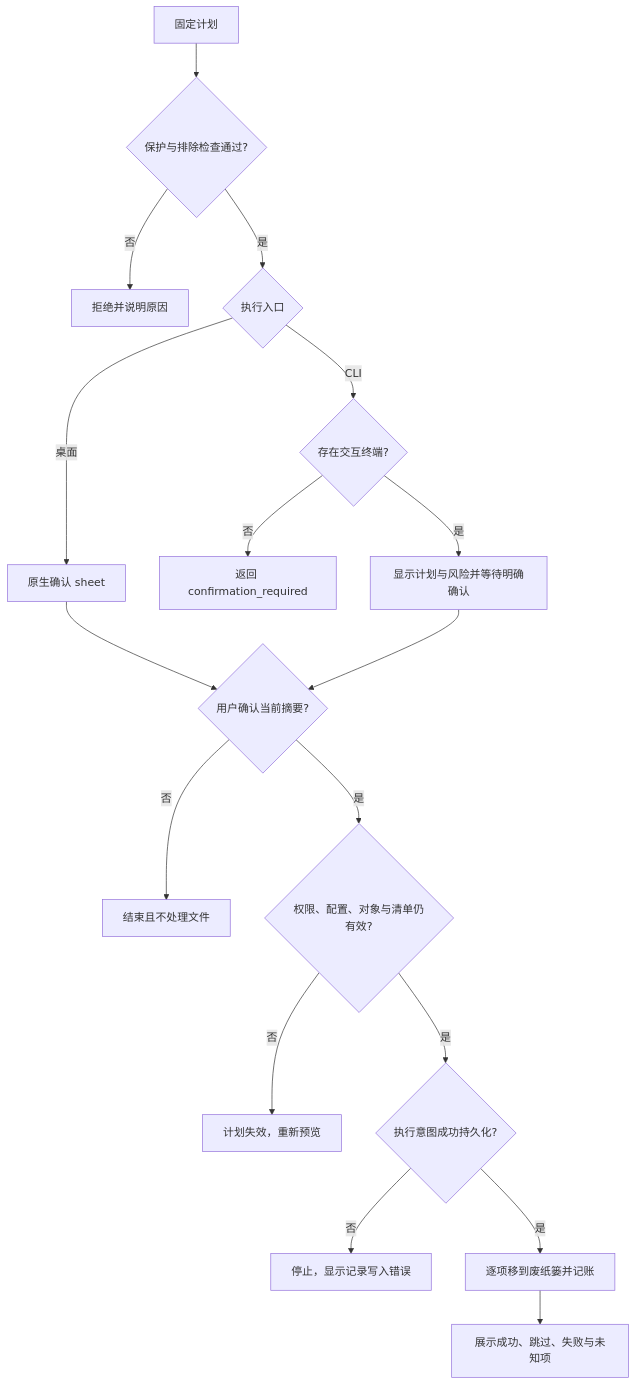
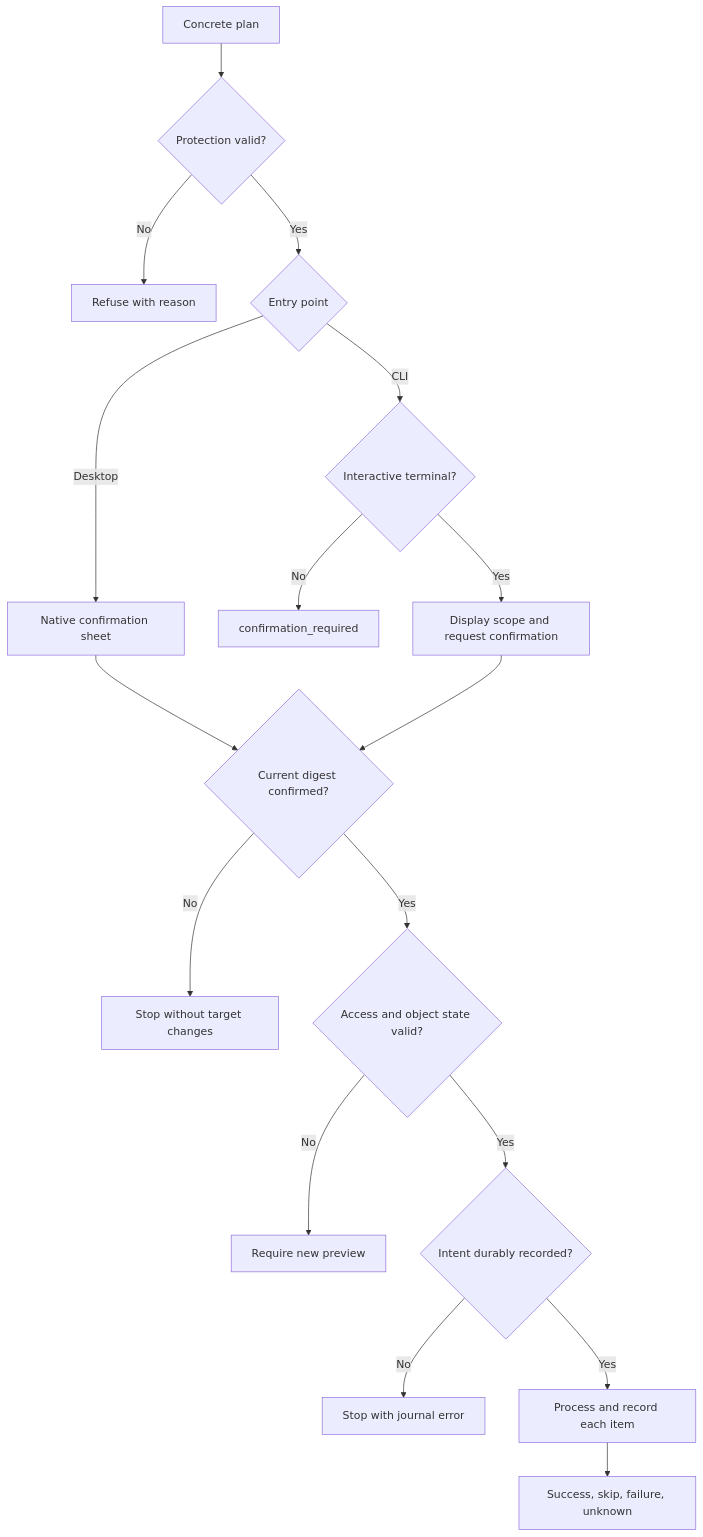
Before and after one commit to limecloud/shou: the second of 6 diagrams in docs/architecture/workflows-and-sequences.md, drawn with Mermaid. The commit also changed other lines of this file and 46 other files, not shown here.

````diff
--- a/docs/architecture/workflows-and-sequences.md
+++ b/docs/architecture/workflows-and-sequences.md
@@ -37,19 +39,19 @@
 ```mermaid
 flowchart TD
-    Plan[固定计划] --> Policy{保护与排除检查通过?}
-    Policy -->|否| Blocked[拒绝并说明原因]
-    Policy -->|是| Entry{执行入口}
-    Entry -->|桌面| Sheet[原生确认 sheet]
-    Entry -->|CLI| TTY{存在交互终端?}
-    TTY -->|否| Required[返回 confirmation_required]
-    TTY -->|是| Prompt[显示计划与风险并等待明确确认]
-    Sheet --> Consent{用户确认当前摘要?}
-    Prompt --> Consent
-    Consent -->|否| Stop[结束且不处理文件]
-    Consent -->|是| Recheck{权限、配置、对象与清单仍有效?}
-    Recheck -->|否| Stale[计划失效，重新预览]
-    Recheck -->|是| Journal{执行意图成功持久化?}
-    Journal -->|否| Failure[停止，显示记录写入错误]
-    Journal -->|是| Trash[逐项移到废纸篓并记账]
-    Trash --> Result[展示成功、跳过、失败与未知项]
+    Plan[Concrete plan] --> Policy{Protection valid?}
+    Policy -->|No| Block[Refuse with reason]
+    Policy -->|Yes| Entry{Entry point}
+    Entry -->|Desktop| Sheet[Native confirmation sheet]
+    Entry -->|CLI| TTY{Interactive terminal?}
+    TTY -->|No| Required[confirmation_required]
+    TTY -->|Yes| Prompt[Display scope and request confirmation]
+    Sheet --> Confirm{Current digest confirmed?}
+    Prompt --> Confirm
+    Confirm -->|No| Stop[Stop without target changes]
+    Confirm -->|Yes| Verify{Access and object state valid?}
+    Verify -->|No| Stale[Require new preview]
+    Verify -->|Yes| Journal{Intent durably recorded?}
+    Journal -->|No| Failure[Stop with journal error]
+    Journal -->|Yes| Trash[Process and record each item]
+    Trash --> Result[Success, skip, failure, unknown]
 ```
````
